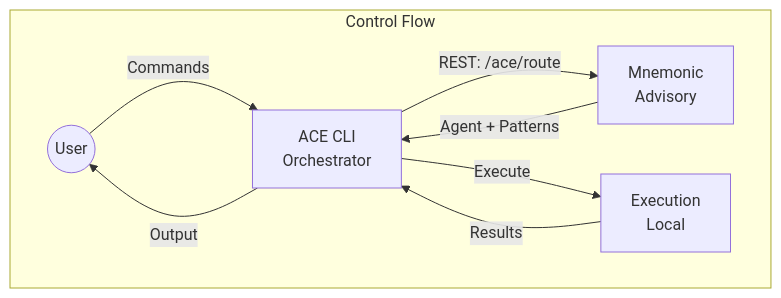
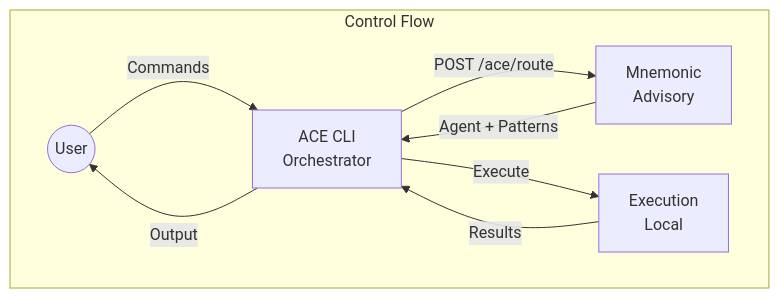
One commit to twistingmercury/mnemonic-mcp changed the fifth of 6 diagrams in docs/architecture/03-system-architecture.md. Above: the diagram before and after it, drawn with Mermaid. The commit also changed other lines of this file and 10 other files, not shown here.

````diff
--- a/docs/architecture/03-system-architecture.md
+++ b/docs/architecture/03-system-architecture.md
@@ -180,16 +180,16 @@
 ```mermaid
 graph TB
     subgraph "Control Flow"
         USER((User))
         CLI[ACE CLI<br/>Orchestrator]
         MN[Mnemonic<br/>Advisory]
         EXEC[Execution<br/>Local]
     end
 
     USER -->|"Commands"| CLI
-    CLI -->|"REST: /ace/route"| MN
+    CLI -->|"POST /ace/route"| MN
     MN -->|"Agent + Patterns"| CLI
     CLI -->|"Execute"| EXEC
     EXEC -->|"Results"| CLI
     CLI -->|"Output"| USER
 ```
````
